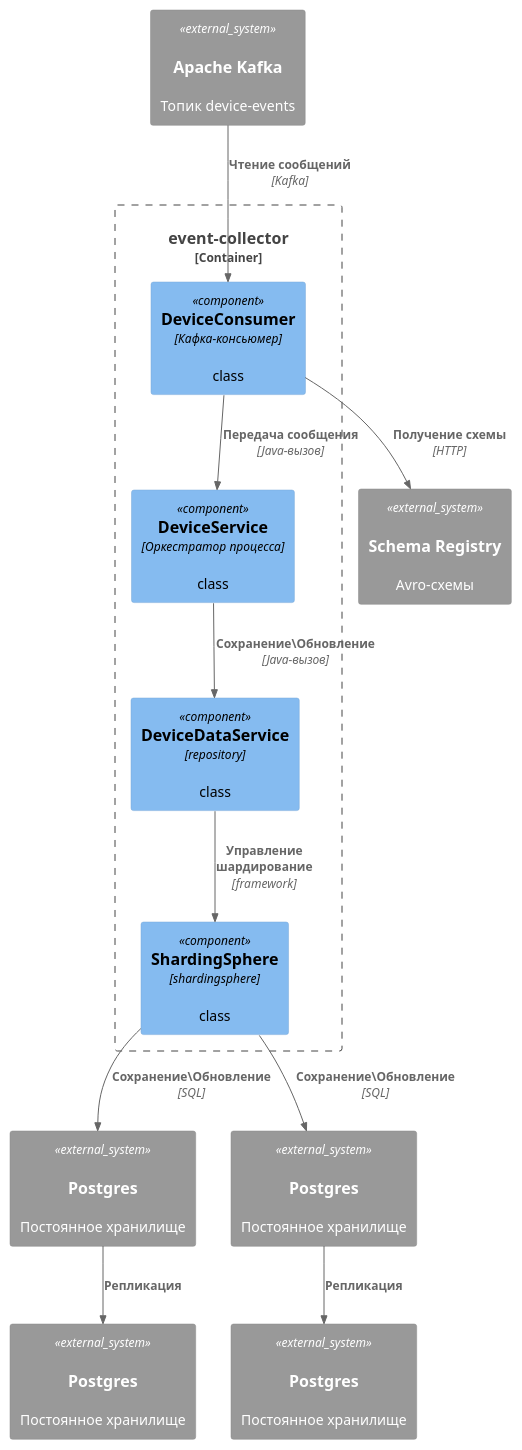
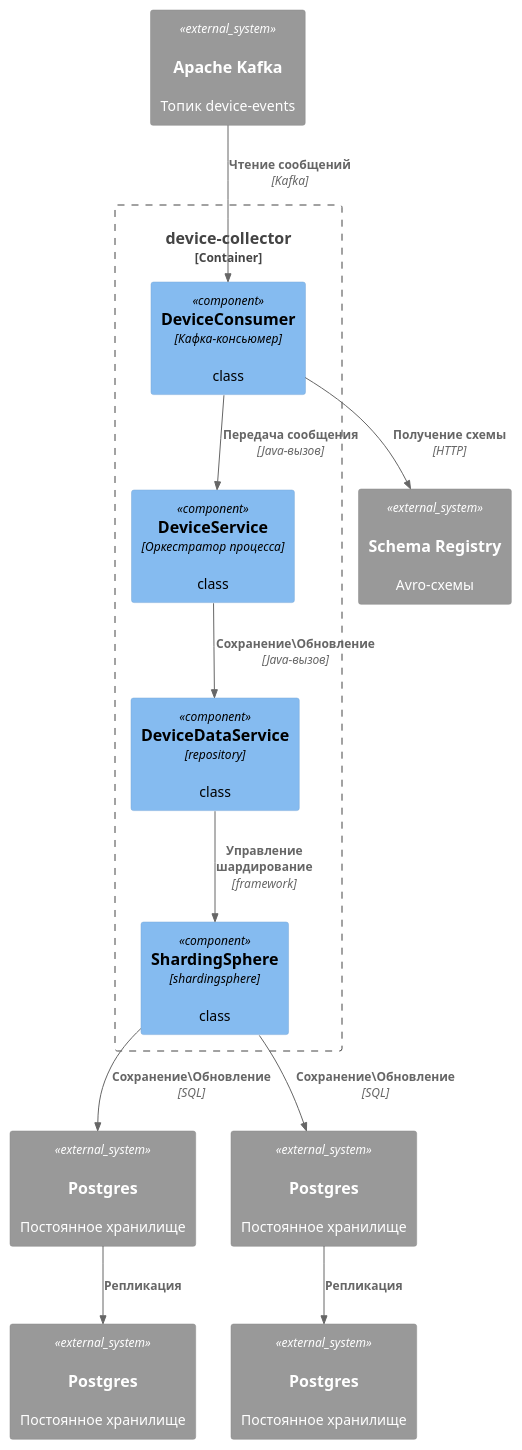
Before and after one commit to ApenDover/ourcode-iot-platform: the diagram in diagrams/device-collector/device-collector-component.puml, drawn with PlantUML. The commit also changed 114 other files, not shown here.

```diff
--- a/diagrams/device-collector/device-collector-component.puml
+++ b/diagrams/device-collector/device-collector-component.puml
@@ -1,34 +1,34 @@
 @startuml
 !include https://raw.githubusercontent.com/plantuml-stdlib/C4-PlantUML/master/C4_Component.puml
 
 AddElementTag("microservice", $bgColor="#E6F3F7", $fontColor="#333333", $borderColor="#3F668F")
 AddElementTag("storage", $bgColor="#F7E9E6", $fontColor="#333333", $borderColor="#8F3F3F")
 AddElementTag("queue", $bgColor="#E6F7E6", $fontColor="#333333", $borderColor="#3F8F5F")
 
-Container_Boundary(app, "event-collector") {
+Container_Boundary(app, "device-collector") {
     Component(consumer, "DeviceConsumer", "Кафка-консьюмер", "class")
     Component(device_service, "DeviceService", "Оркестратор процесса", "class")
     Component(device_data_service, "DeviceDataService", "repository", "class")
     Component(shardingsphere, "ShardingSphere", "shardingsphere", "class")
 }
 
 System_Ext(kafka, "Apache Kafka", "Топик device-events", "queue")
 System_Ext(schema_reg, "Schema Registry", "Avro-схемы", "storage")
 System_Ext(postgres_shard_2, "Postgres", "Постоянное хранилище", "storage")
 System_Ext(postgres_shard_1, "Postgres", "Постоянное хранилище", "storage")
 System_Ext(postgres_replica_1, "Postgres", "Постоянное хранилище", "storage")
 System_Ext(postgres_replica_2, "Postgres", "Постоянное хранилище", "storage")
 
 Rel(kafka, consumer, "Чтение сообщений", "Kafka")
 Rel(consumer, schema_reg, "Получение схемы", "HTTP")
 Rel(consumer, device_service, "Передача сообщения", "Java-вызов")
 
 Rel(device_service, device_data_service, "Сохранение\Обновление", "Java-вызов")
 Rel(device_data_service, shardingsphere, "Управление шардирование", "framework")
 
 Rel(shardingsphere, postgres_shard_1, "Сохранение\Обновление", "SQL")
 Rel(shardingsphere, postgres_shard_2, "Сохранение\Обновление", "SQL")
 Rel(postgres_shard_2, postgres_replica_2, "Репликация")
 Rel(postgres_shard_1, postgres_replica_1, "Репликация")
 
 @enduml
```
